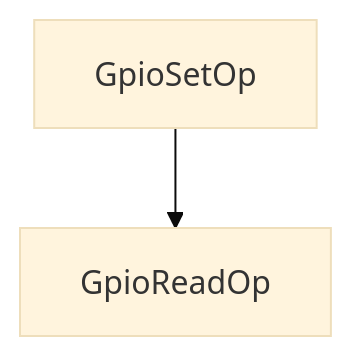
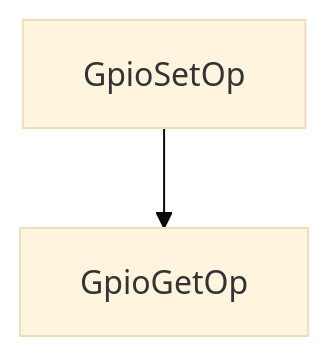
Before and after one commit to nvidia-holoscan/holoscan-sensor-bridge: the fifth of 11 diagrams in docs/user_guide/applications.mdx, drawn with Mermaid. The commit also changed other lines of this file and 1008 other files, not shown here.

````diff
--- a/docs/user_guide/applications.mdx
+++ b/docs/user_guide/applications.mdx
@@ -501,6 +570,6 @@
 ```mermaid
 %%{init: {"theme": "base", "themeVariables": { }} }%%
  
 graph
-    w[GpioSetOp] --> r[GpioReadOp]
+    w[GpioSetOp] --> r[GpioGetOp]
 ```
````
